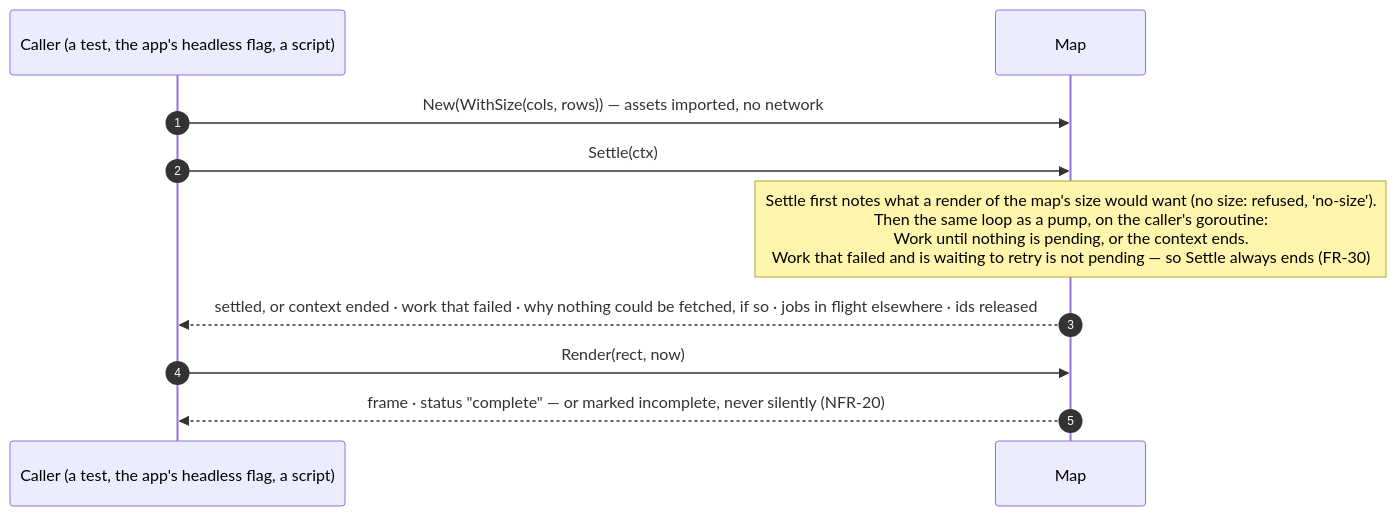
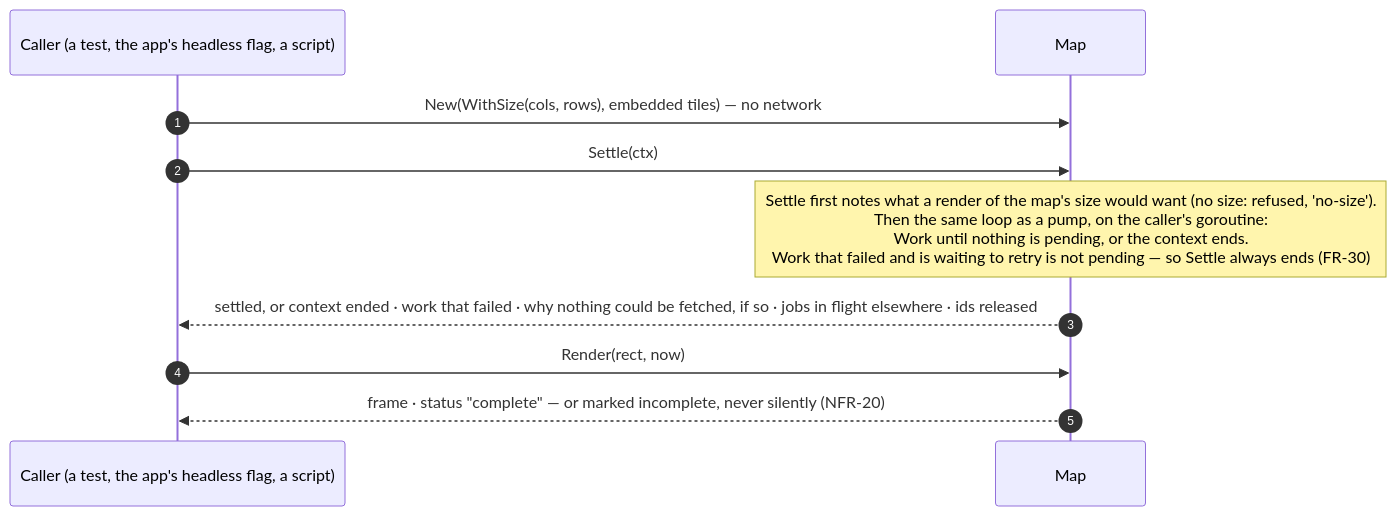
One commit to branden-thompson/go-tuimaps changed the fourth of 4 diagrams in 06_docs/02_features/go-tuimaps/03-architecture-design/L3-sequences.md. Above: the diagram before and after it, drawn with Mermaid. The commit also changed other lines of this file and 111 other files, not shown here.

First line of the commit message:
Add the tile generator and the embedded tiles (WP-04)

````diff
--- a/06_docs/02_features/go-tuimaps/03-architecture-design/L3-sequences.md
+++ b/06_docs/02_features/go-tuimaps/03-architecture-design/L3-sequences.md
@@ -86,12 +86,12 @@
 ```mermaid
 sequenceDiagram
     autonumber
     participant C as Caller (a test, the app's headless flag, a script)
     participant M as Map
-    C->>M: New(WithSize(cols, rows)) — assets imported, no network
+    C->>M: New(WithSize(cols, rows), embedded tiles) — no network
     C->>M: Settle(ctx)
     Note over M: Settle first notes what a render of the map's size would want (no size: refused, 'no-size').<br/>Then the same loop as a pump, on the caller's goroutine:<br/>Work until nothing is pending, or the context ends.<br/>Work that failed and is waiting to retry is not pending — so Settle always ends (FR-30)
     M-->>C: settled, or context ended · work that failed · why nothing could be fetched, if so · jobs in flight elsewhere · ids released
     C->>M: Render(rect, now)
     M-->>C: frame · status "complete" — or marked incomplete, never silently (NFR-20)
 ```
````
